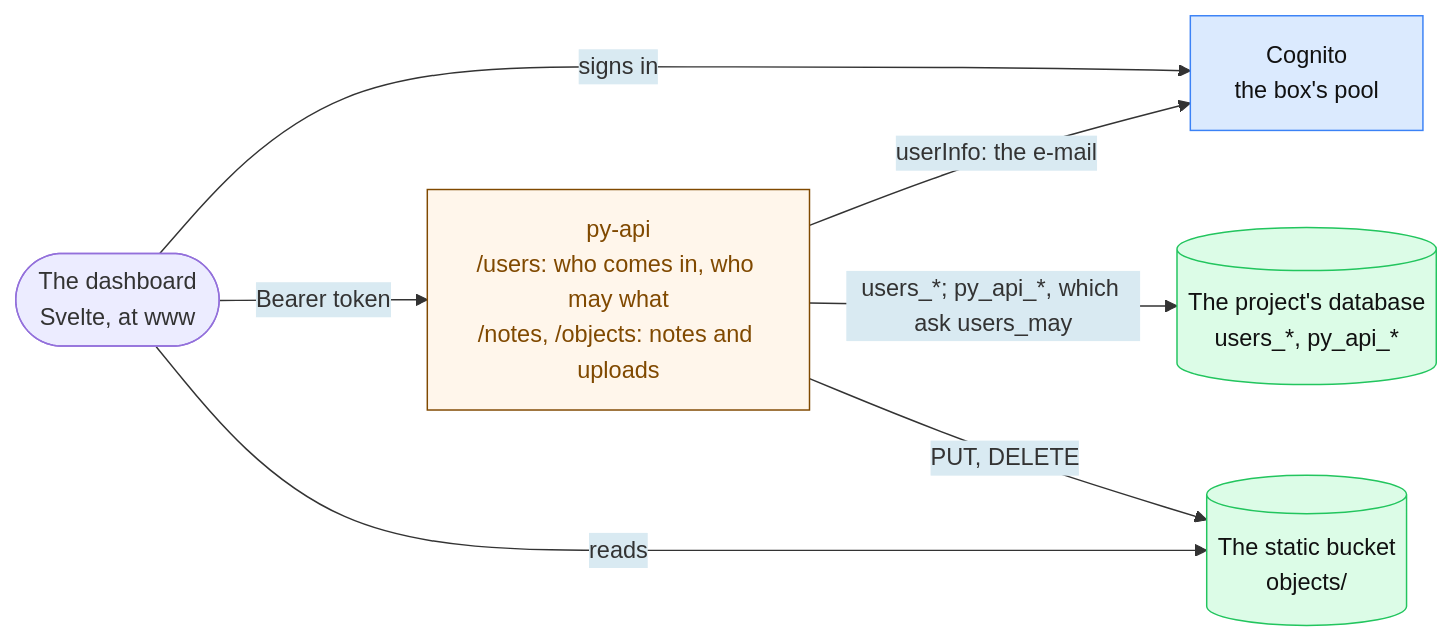
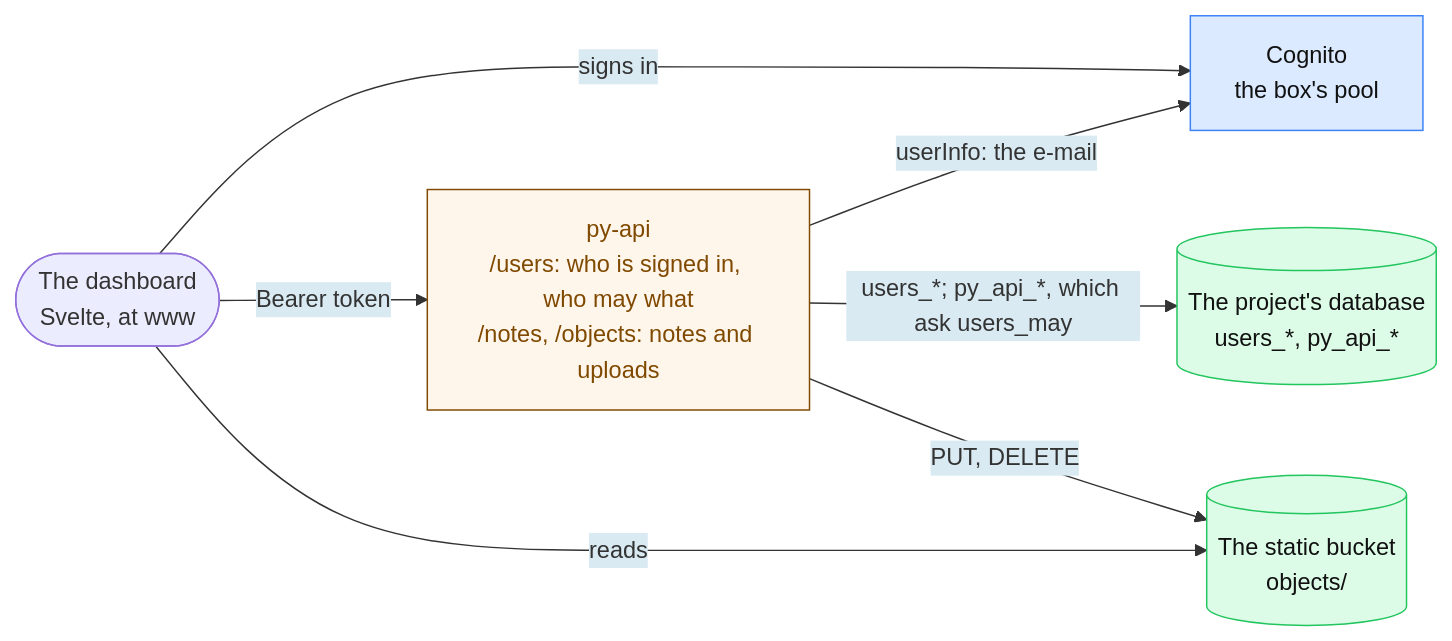
One commit to tiet-ucs503/bug-bounty changed the diagram in docs/tutorials/README.md. Above: the diagram before and after it, drawn with Mermaid. The commit also changed other lines of this file and 18 other files, not shown here.

````diff
--- a/docs/tutorials/README.md
+++ b/docs/tutorials/README.md
@@ -35,26 +35,26 @@
 ``` mermaid
 ---
 config:
   themeVariables:
     edgeLabelBackground: "#d9eaf2"
   themeCSS: ".edgeLabel, .edgeLabel p, .labelBkg { background-color: #d9eaf2 !important; color: #5c7a8a !important; }"
 ---
 flowchart LR
   browser(["The dashboard<br/>Svelte, at www"])
   cognito["Cognito<br/>the box's pool"]
-  notes["py-api<br/>/users: who comes in, who may what<br/>/notes, /objects: notes and uploads"]
+  notes["py-api<br/>/users: who is signed in, who may what<br/>/notes, /objects: notes and uploads"]
   db[("The project's database<br/>users_*, py_api_*")]
   bucket[("The static bucket<br/>objects/")]
   browser -->|"signs in"| cognito
   browser -->|"Bearer token"| notes
   notes -->|"userInfo: the e-mail"| cognito
   notes -->|"users_*; py_api_*, which ask users_may"| db
   notes -->|"PUT, DELETE"| bucket
   browser -->|"reads"| bucket
   classDef network fill:#dbeafe,stroke:#3b82f6,color:#111
   class cognito network
   classDef compute fill:#fff6eb,stroke:#804900,color:#804900
   class notes compute
   classDef storage fill:#dcfce7,stroke:#22c55e,color:#111
   class db,bucket storage
 ```
````
